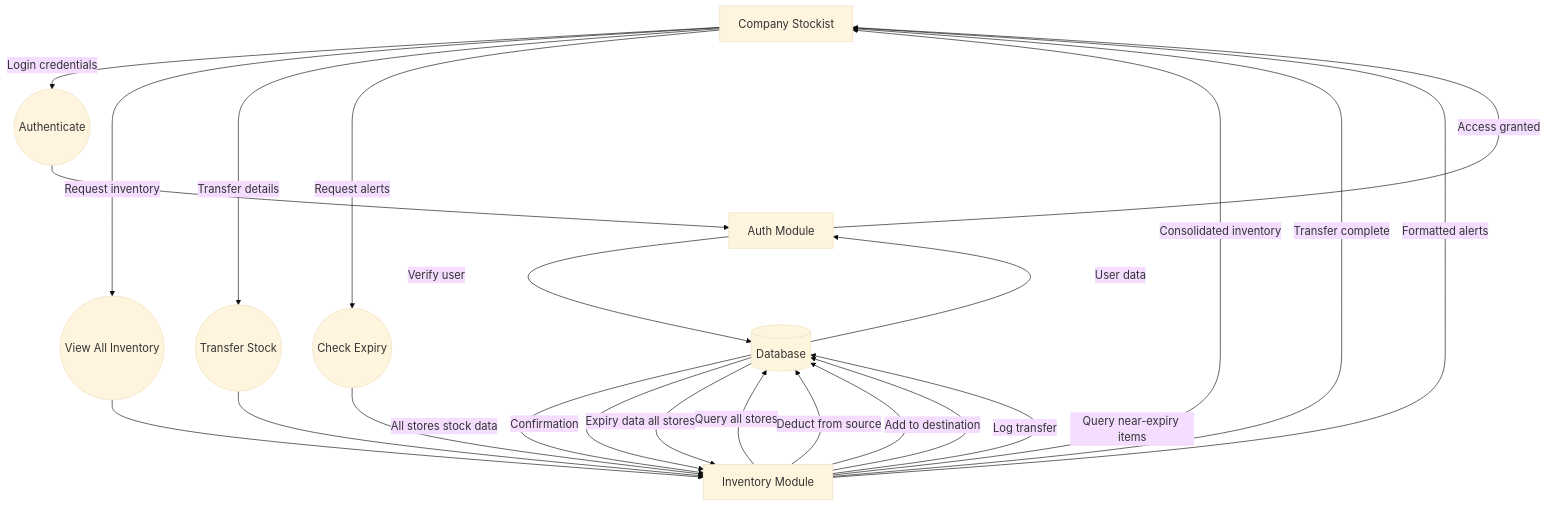
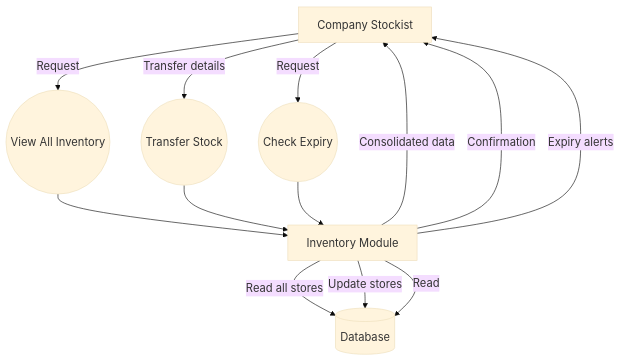
Before and after one commit to rohitagarwal-gkmit/retailpulse-docs: the fifth of 5 diagrams in docs/technical/data_flow.md, drawn with Mermaid. The commit also changed other lines of this file and 2 other files, not shown here.

Commit message:
[feat]: Enhance documentation for authentication flow, data flow diagrams, and database schema with improved clarity and formatting

````diff
--- a/docs/technical/data_flow.md
+++ b/docs/technical/data_flow.md
@@ -175,29 +118,18 @@
 ```mermaid
 %%{init: {'theme':'base', 'themeVariables': { 'fontSize':'18px', 'fontFamily':'Arial'}}}%%
 flowchart TD
-    CompStockist[Company Stockist] -->|Login credentials| P1((Authenticate))
-    P1 --> Auth[Auth Module]
-    Auth -->|Verify user| DB[(Database)]
-    DB -->|User data| Auth
-    Auth -->|Access granted| CompStockist
+    CompStockist[Company Stockist] -->|Request| P1((View All Inventory))
+    P1 --> Inv[Inventory Module]
+    Inv -->|Read all stores| DB[(Database)]
+    Inv -->|Consolidated data| CompStockist
     
-    CompStockist -->|Request inventory| P2((View All Inventory))
-    P2 --> Inv[Inventory Module]
-    Inv -->|Query all stores| DB
-    DB -->|All stores stock data| Inv
-    Inv -->|Consolidated inventory| CompStockist
+    CompStockist -->|Transfer details| P2((Transfer Stock))
+    P2 --> Inv
+    Inv -->|Update stores| DB
+    Inv -->|Confirmation| CompStockist
     
-    CompStockist -->|Transfer details| P3((Transfer Stock))
+    CompStockist -->|Request| P3((Check Expiry))
     P3 --> Inv
-    Inv -->|Deduct from source| DB
-    Inv -->|Add to destination| DB
-    Inv -->|Log transfer| DB
-    DB -->|Confirmation| Inv
-    Inv -->|Transfer complete| CompStockist
-    
-    CompStockist -->|Request alerts| P4((Check Expiry))
-    P4 --> Inv
-    Inv -->|Query near-expiry items| DB
-    DB -->|Expiry data all stores| Inv
-    Inv -->|Formatted alerts| CompStockist
+    Inv -->|Read| DB
+    Inv -->|Expiry alerts| CompStockist
 ```
````
